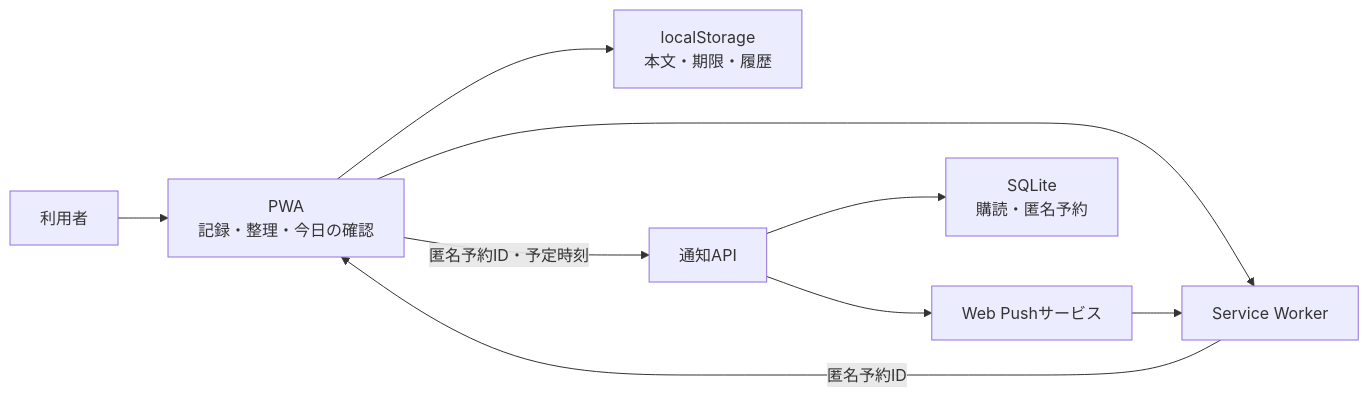
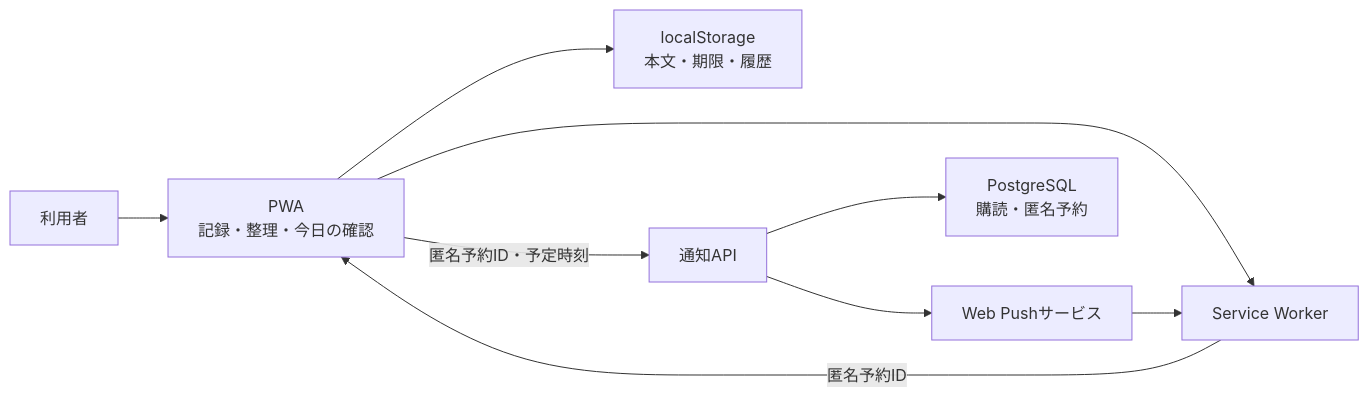
Before and after one commit to gerupon-lgtm/atoqueue: the diagram in 基本設計サマリ.md, drawn with Mermaid. The commit also changed other lines of this file and 41 other files, not shown here.

````diff
--- a/基本設計サマリ.md
+++ b/基本設計サマリ.md
@@ -17,11 +17,11 @@
 ```mermaid
 flowchart LR
   U["利用者"] --> PWA["PWA<br/>記録・整理・今日の確認"]
   PWA --> LS["localStorage<br/>本文・期限・履歴"]
   PWA --> SW["Service Worker"]
   PWA -->|"匿名予約ID・予定時刻"| API["通知API"]
-  API --> DB["SQLite<br/>購読・匿名予約"]
+  API --> DB["PostgreSQL<br/>購読・匿名予約"]
   API --> PUSH["Web Pushサービス"]
   PUSH --> SW
   SW -->|"匿名予約ID"| PWA
 ```
````
